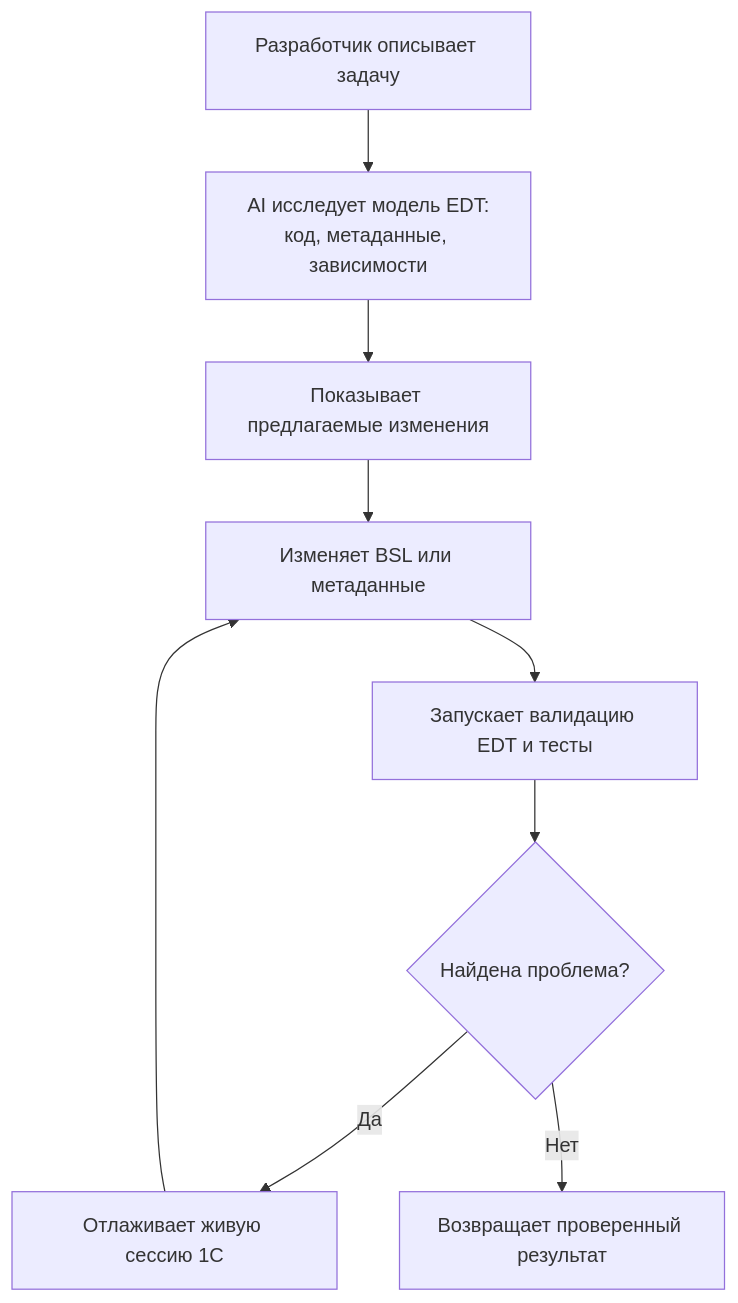
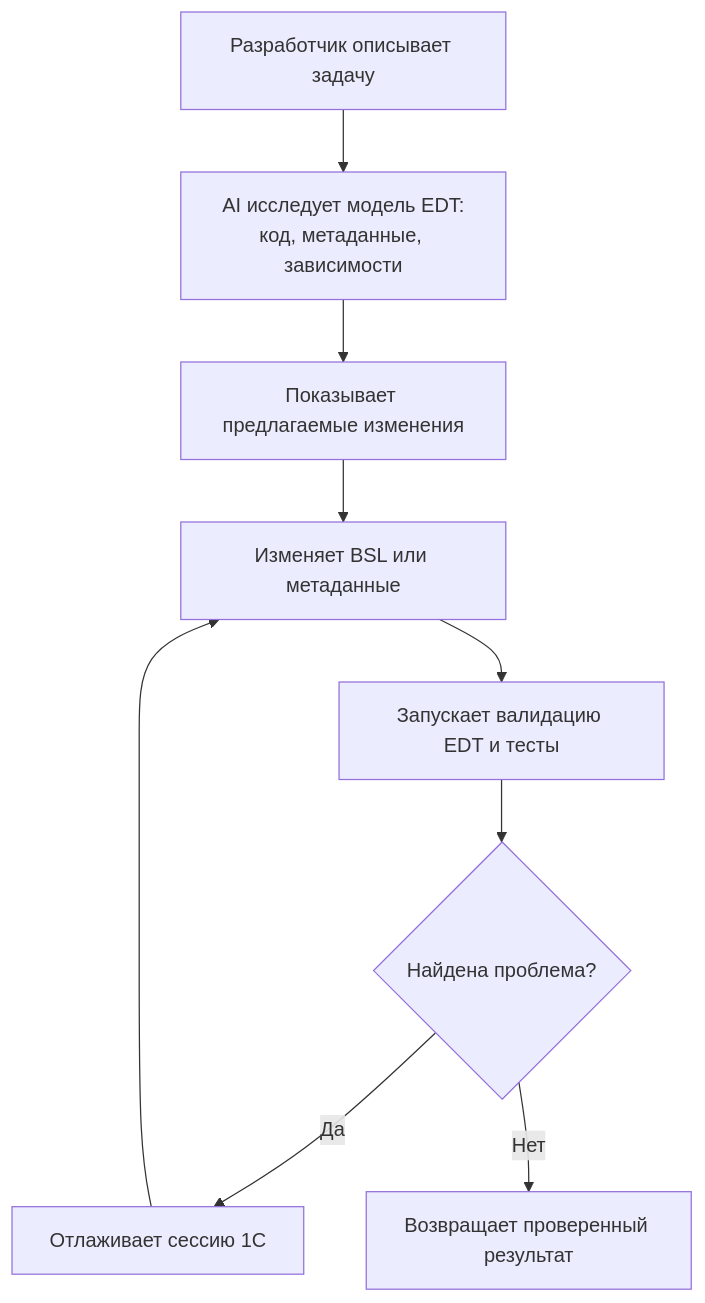
Before and after one commit to Desko77/ai-edt: the first of 2 diagrams in README.md, drawn with Mermaid. The commit also changed other lines of this file and 2 other files, not shown here.

````diff
--- a/README.md
+++ b/README.md
@@ -56,11 +58,11 @@
 ```mermaid
 flowchart TD
     Q["Разработчик описывает задачу"] --> S["AI исследует модель EDT:<br/>код, метаданные, зависимости"]
     S --> P["Показывает предлагаемые изменения"]
     P --> E["Изменяет BSL или метаданные"]
     E --> V["Запускает валидацию EDT и тесты"]
     V --> D{"Найдена проблема?"}
-    D -- Да --> B["Отлаживает живую сессию 1С"]
+    D -- Да --> B["Отлаживает сессию 1С"]
     B --> E
     D -- Нет --> R["Возвращает проверенный результат"]
 ```
````
